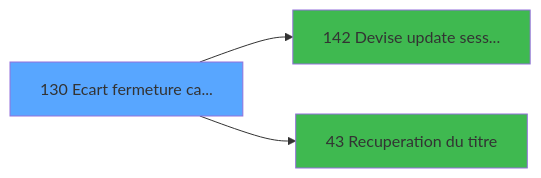
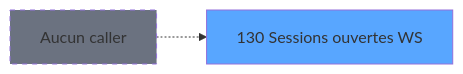
Before and after one commit to thonyAGP/lecteur-magic: the second of 3 diagrams in .openspec/specs/ADH-IDE-130.md, drawn with Mermaid. The commit also changed other lines of this file and 311 other files, not shown here.

````diff
--- a/.openspec/specs/ADH-IDE-130.md
+++ b/.openspec/specs/ADH-IDE-130.md
@@ -1860,11 +146,8 @@
 ```mermaid
 graph LR
-    T130[130 Ecart fermeture ca...]
+    T130[130 Sessions ouvertes WS]
     style T130 fill:#58a6ff
-    C142[142 Devise update sess...]
-    T130 --> C142
-    style C142 fill:#3fb950
-    C43[43 Recuperation du titre]
-    T130 --> C43
-    style C43 fill:#3fb950
+    NONE[Aucun caller]
+    NONE -.-> T130
+    style NONE fill:#6b7280,stroke-dasharray: 5 5
 ```
````
